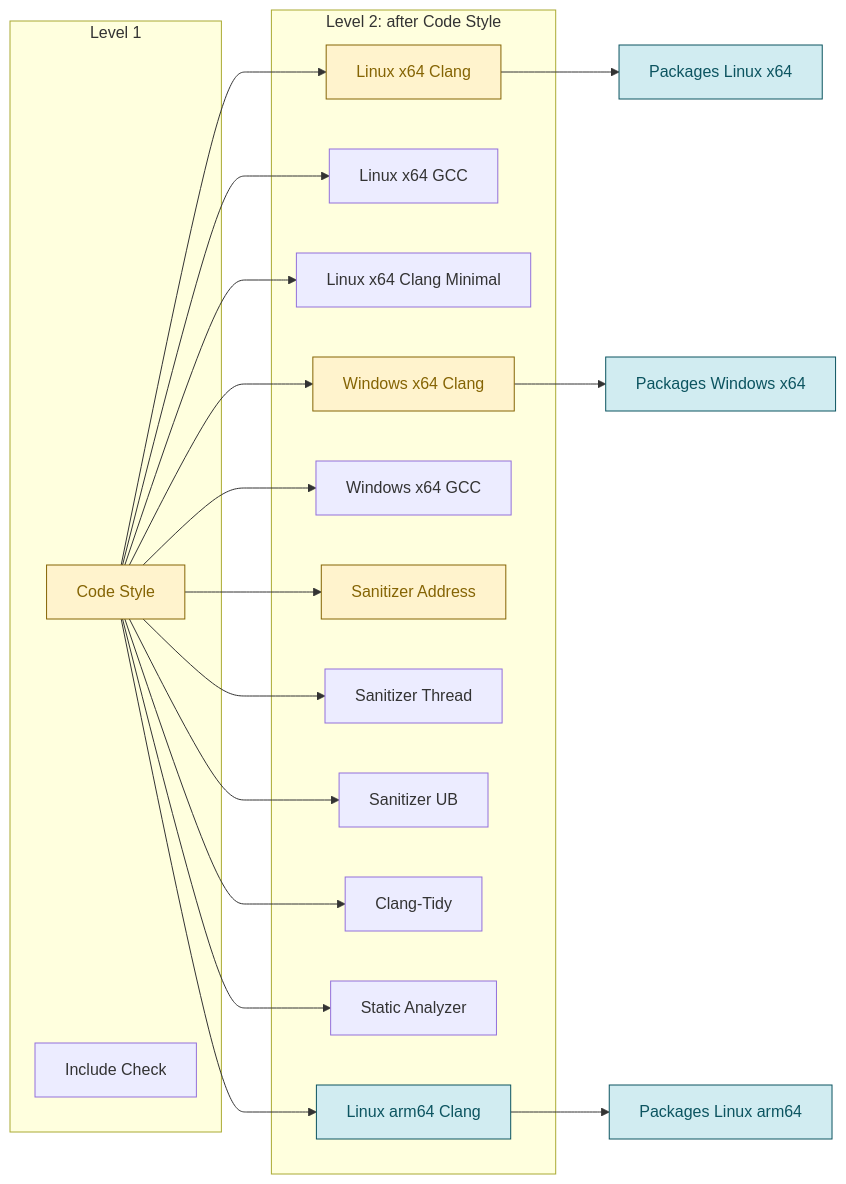
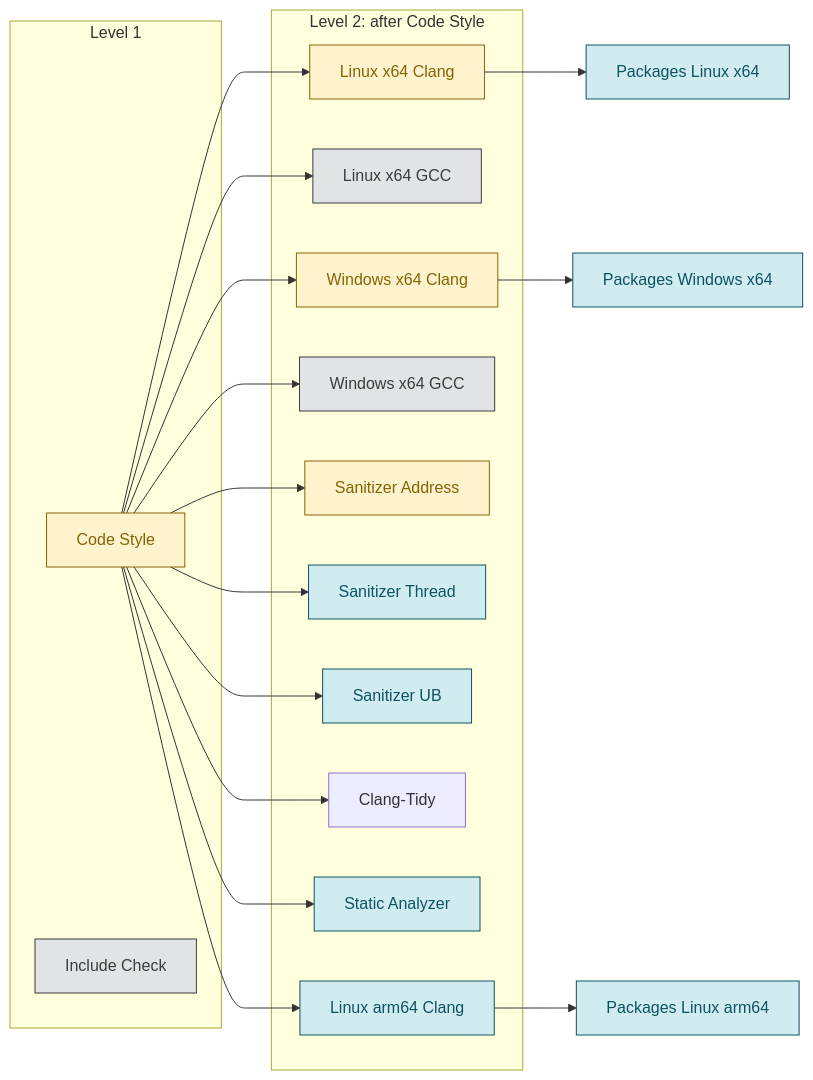
The second of 3 diagrams in doc/pages/continuous_integration.md (Silmaen/Owl), drawn with Mermaid before and after one commit. The commit also changed other lines of this file and 10 other files, not shown here.

````diff
--- a/doc/pages/continuous_integration.md
+++ b/doc/pages/continuous_integration.md
@@ -136,22 +135,24 @@
 ```mermaid
 flowchart LR
     subgraph L1[Level 1]
         CS[Code Style]
         IC[Include Check]
     end
     subgraph L2[Level 2: after Code Style]
-        LxC[Linux x64 Clang] & LxG[Linux x64 GCC] & LxM[Linux x64 Clang Minimal] & WxC[Windows x64 Clang]
+        LxC[Linux x64 Clang] & LxG[Linux x64 GCC] & WxC[Windows x64 Clang]
         WxG[Windows x64 GCC]
         SA[Sanitizer Address] & ST[Sanitizer Thread] & SU[Sanitizer UB]
         CT[Clang-Tidy] & AN[Static Analyzer]
         LaC[Linux arm64 Clang]
     end
-    CS --> LxC & LxG & LxM & WxC & WxG & SA & ST & SU & CT & AN & LaC
+    CS --> LxC & LxG & WxC & WxG & SA & ST & SU & CT & AN & LaC
     LxC --> PL[Packages Linux x64]
     WxC --> PW[Packages Windows x64]
     LaC --> PA[Packages Linux arm64]
     classDef draft fill:#fff3cd,stroke:#856404,color:#856404
     classDef mainOnly fill:#d1ecf1,stroke:#0c5460,color:#0c5460
+    classDef afterMerge fill:#e2e3e5,stroke:#383d41,color:#383d41
     class CS,LxC,WxC,SA draft
-    class LaC,LaG,PL,PW,PA mainOnly
+    class LaC,LaG,PL,PW,PA,ST,SU,AN mainOnly
+    class IC,LxG,WxG afterMerge
 ```
````
